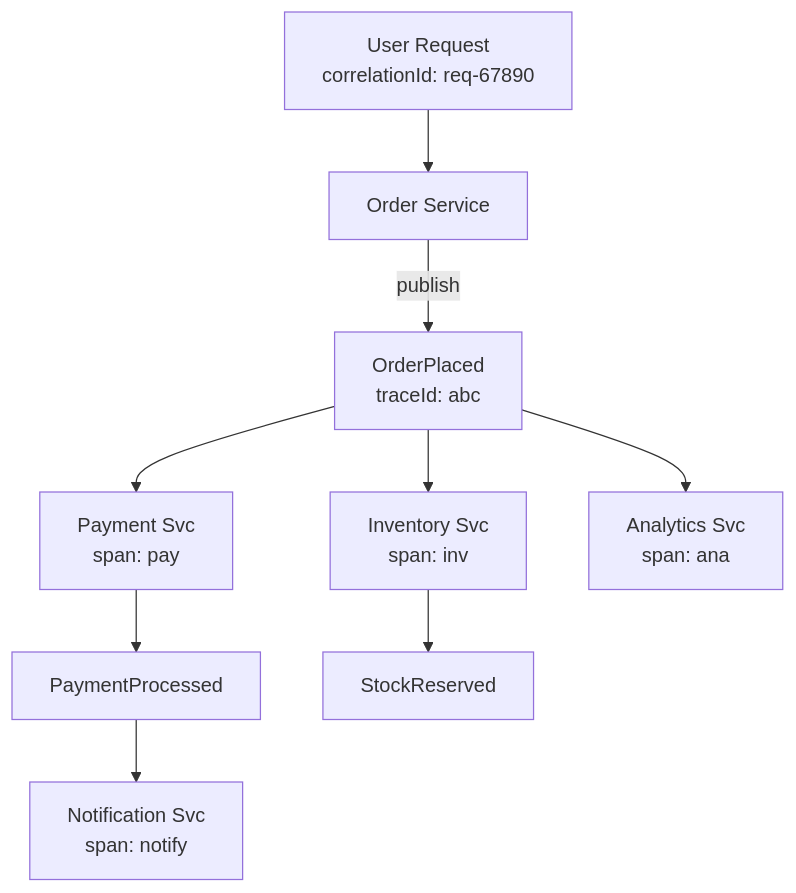
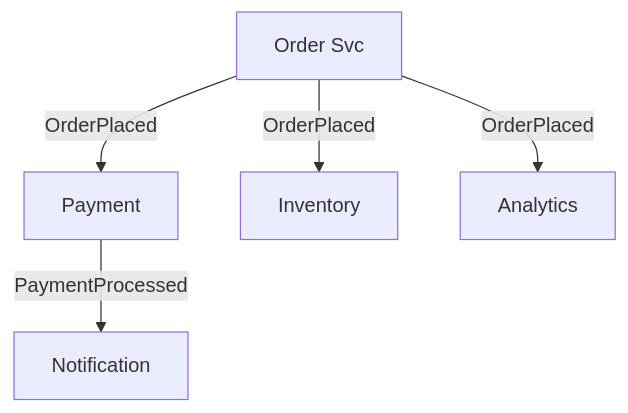
One commit to calmrocks/system-design-dive-deep changed diagram 11 of 16 in Sessions/Event-Driven Architecture/Slides.md. Above: the diagram before and after it, drawn with Mermaid. The commit also changed other lines of this file and 2 other files, not shown here.

```diff
--- a/Sessions/Event-Driven Architecture/Slides.md
+++ b/Sessions/Event-Driven Architecture/Slides.md
@@ -655,14 +383,7 @@
 ~~~mermaid
 flowchart TB
-    REQ["User Request\ncorrelationId: req-67890"] --> OS[Order Service]
-    OS -->|publish| OP["OrderPlaced\ntraceId: abc"]
-
-    OP --> PAY[Payment Svc\nspan: pay]
-    OP --> INV[Inventory Svc\nspan: inv]
-    OP --> ANA[Analytics Svc\nspan: ana]
-
-    PAY --> PP[PaymentProcessed]
-    INV --> SR[StockReserved]
-
-    PP --> NOT[Notification Svc\nspan: notify]
+    OS[Order Svc] -->|OrderPlaced| PAY[Payment]
+    OS -->|OrderPlaced| INV[Inventory]
+    OS -->|OrderPlaced| ANA[Analytics]
+    PAY -->|PaymentProcessed| NOT[Notification]
 ~~~
```
